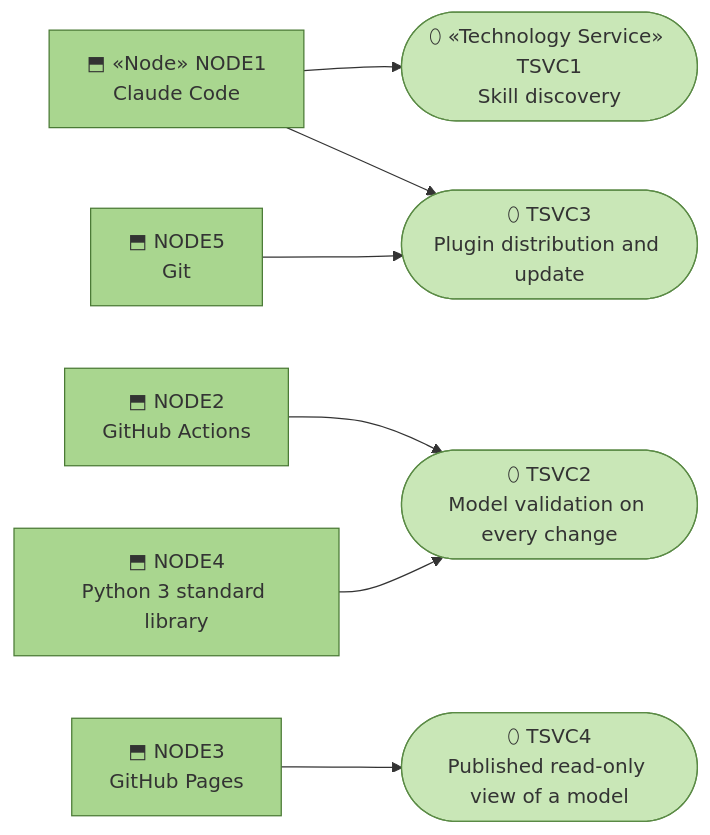
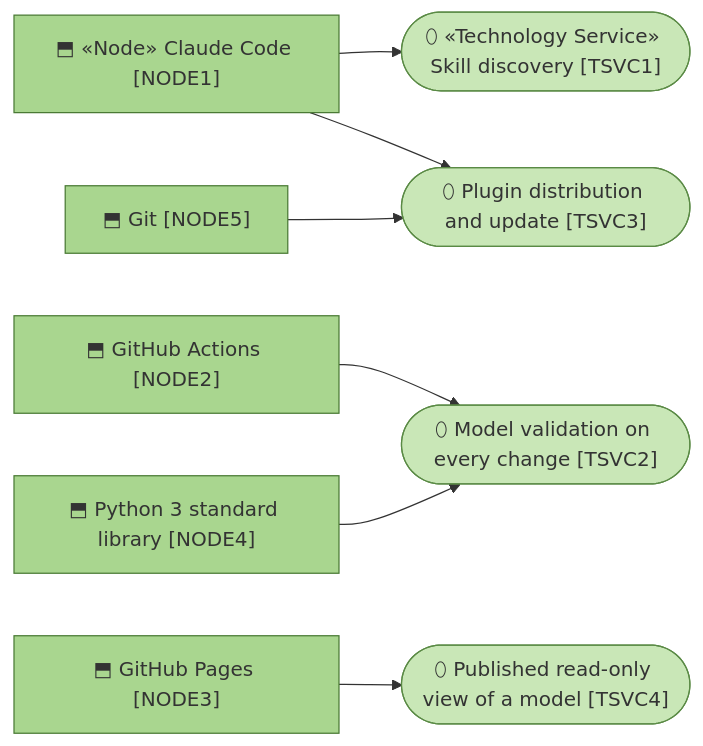
One commit to roanboc/architecture-archreator changed the second of 3 diagrams in product-archreator/architecture/5_technology/1_technology-services.md. Above: the diagram before and after it, drawn with Mermaid. The commit also changed other lines of this file and 38 other files, not shown here.

````diff
--- a/product-archreator/architecture/5_technology/1_technology-services.md
+++ b/product-archreator/architecture/5_technology/1_technology-services.md
@@ -33,23 +33,23 @@
 ```mermaid
 flowchart LR
-  node1["⬒ «Node» NODE1<br>Claude Code"]:::node
-  node2["⬒ NODE2<br>GitHub Actions"]:::node
-  node3["⬒ NODE3<br>GitHub Pages"]:::node
-  node4["⬒ NODE4<br>Python 3 standard library"]:::node
-  node5["⬒ NODE5<br>Git"]:::node
+  node1["⬒ «Node» Claude Code [NODE1]"]:::node
+  node2["⬒ GitHub Actions [NODE2]"]:::node
+  node3["⬒ GitHub Pages [NODE3]"]:::node
+  node4["⬒ Python 3 standard library [NODE4]"]:::node
+  node5["⬒ Git [NODE5]"]:::node
 
-  tsvc1(["⬯ «Technology Service» TSVC1<br>Skill discovery"]):::techservice
-  tsvc2(["⬯ TSVC2<br>Model validation on every change"]):::techservice
-  tsvc3(["⬯ TSVC3<br>Plugin distribution and update"]):::techservice
-  tsvc4(["⬯ TSVC4<br>Published read-only view of a model"]):::techservice
+  tsvc1(["⬯ «Technology Service» Skill discovery [TSVC1]"]):::techservice
+  tsvc2(["⬯ Model validation on every change [TSVC2]"]):::techservice
+  tsvc3(["⬯ Plugin distribution and update [TSVC3]"]):::techservice
+  tsvc4(["⬯ Published read-only view of a model [TSVC4]"]):::techservice
 
   node1 --> tsvc1
   node2 --> tsvc2
   node4 --> tsvc2
   node1 --> tsvc3
   node5 --> tsvc3
   node3 --> tsvc4
 
   classDef node fill:#a9d68f,stroke:#4a7a35,color:#333
   classDef techservice fill:#c9e7b7,stroke:#5a8a45,color:#333
 ```
````
